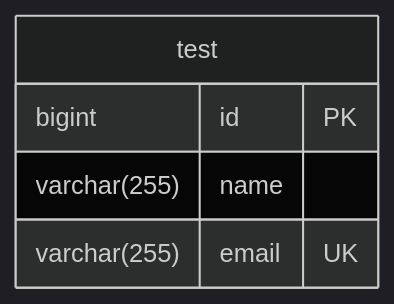
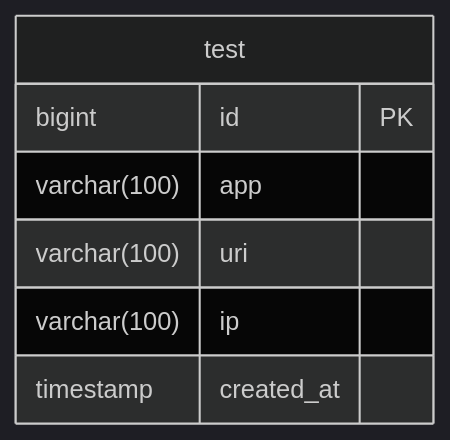
Before and after one commit to kpak292/java-explore-with-me-plus: the diagram in README.md, drawn with Mermaid (dark theme). The commit also changed other lines of this file and 11 other files, not shown here.

Commit message:
1) Added DTOs 2) Added schema.sql with database structure 3) README.md updated DB structure

````diff
--- a/README.md
+++ b/README.md
@@ -5,8 +5,10 @@
 ```mermaid
 erDiagram
 test{
     bigint id PK
-    varchar(255) name
-    varchar(255) email UK
+    varchar(100) app
+    varchar(100) uri
+    varchar(100) ip
+    timestamp created_at
 }
 ```
````
